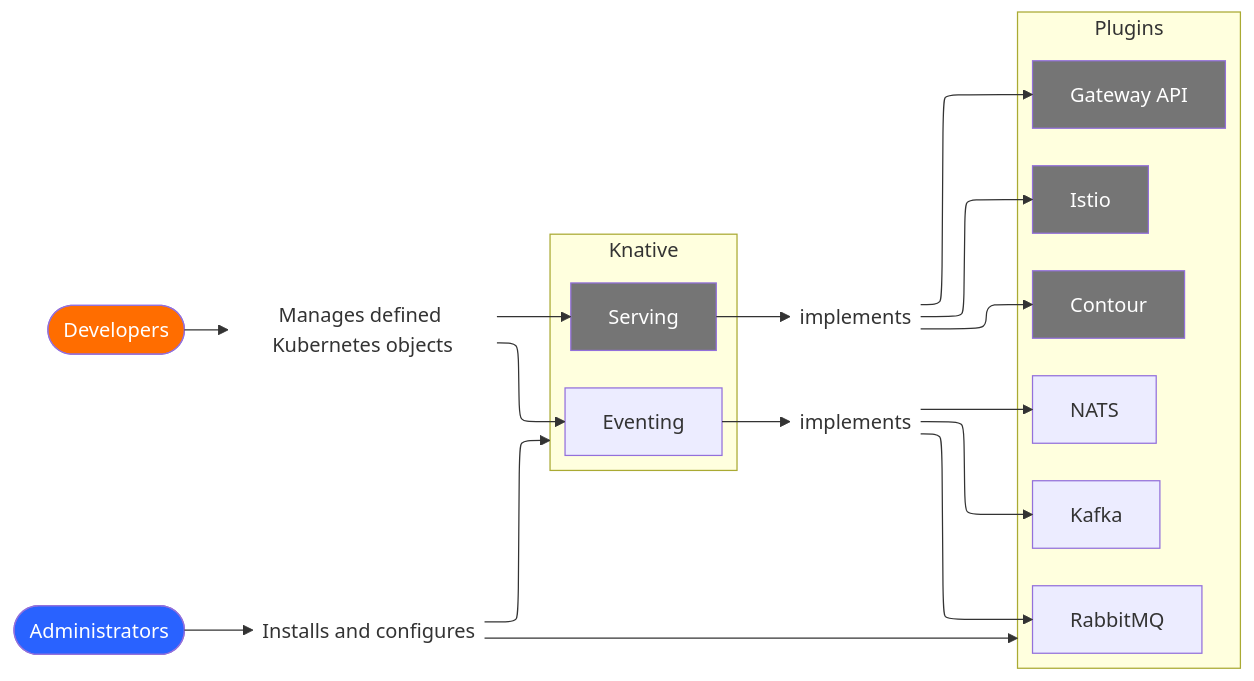
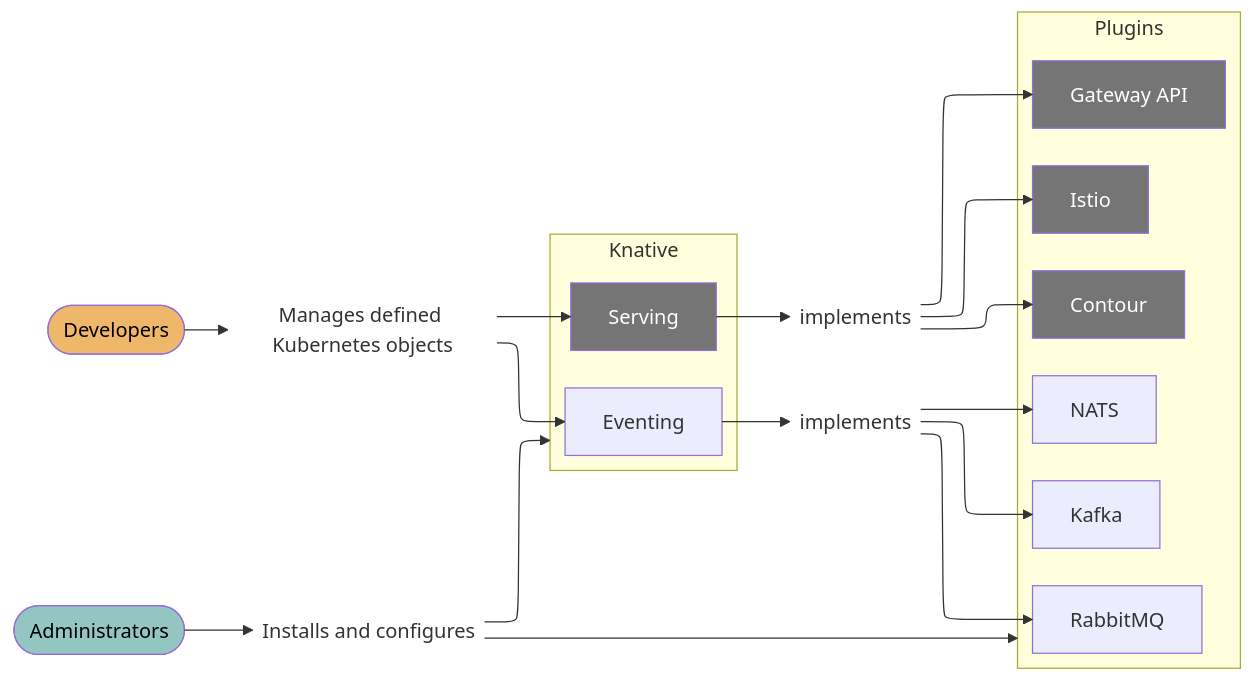
Before and after one commit to knative/docs: the diagram in docs/versioned/admin/admin-overview.md, drawn with Mermaid. The commit also changed other lines of this file, not shown here.

Commit message:
Update admin-overview.md
Mermaid testing

````diff
--- a/docs/versioned/admin/admin-overview.md
+++ b/docs/versioned/admin/admin-overview.md
@@ -17,43 +12,41 @@
 ```mermaid
 ---
 config:
   theme: mc
   layout: elk
   look: classic
 ---
 flowchart LR
  subgraph Knative["Knative"]
     direction LR
         Serving["Serving"]
         Eventing["Eventing"]
   end
  subgraph Plugins["Plugins"]
     direction LR
         net-istio["Istio"]
         net-contour["Contour"]
         net-gateway-api["Gateway API"]
         event-kafka["Kafka"]
         event-rabbitmq["RabbitMQ"]
         event-nats["NATS"]
   end
     Dev(["Developers"]) --> dev-acts["Manages defined Kubernetes objects"]
     dev-acts --> Serving & Eventing
     Admin(["Administrators"]) --> admin-acts["Installs and configures"]
     admin-acts --> Knative & Plugins
     Serving --> net-impl["implements"]
     net-impl --> net-istio & net-contour & net-gateway-api
     Eventing --> event-impl["implements"]
     event-impl --> event-kafka & event-rabbitmq & event-nats
     dev-acts@{ shape: text}
     admin-acts@{ shape: text}
     net-impl@{ shape: text}
     event-impl@{ shape: text}
     style Serving fill:#757575,color:#FFFFFF
     style net-istio fill:#757575,color:#FFFFFF
     style net-contour fill:#757575,color:#FFFFFF
     style net-gateway-api fill:#757575,color:#FFFFFF
-    style Dev fill:#FF6D00,color:#FFFFFF
-    style Admin fill:#2962FF,color:#FFFFFF
-
-
+    style Dev fill:#EFB769,color:#000000
+    style Admin fill:#94C6C1,color:#000000
 ```
````
